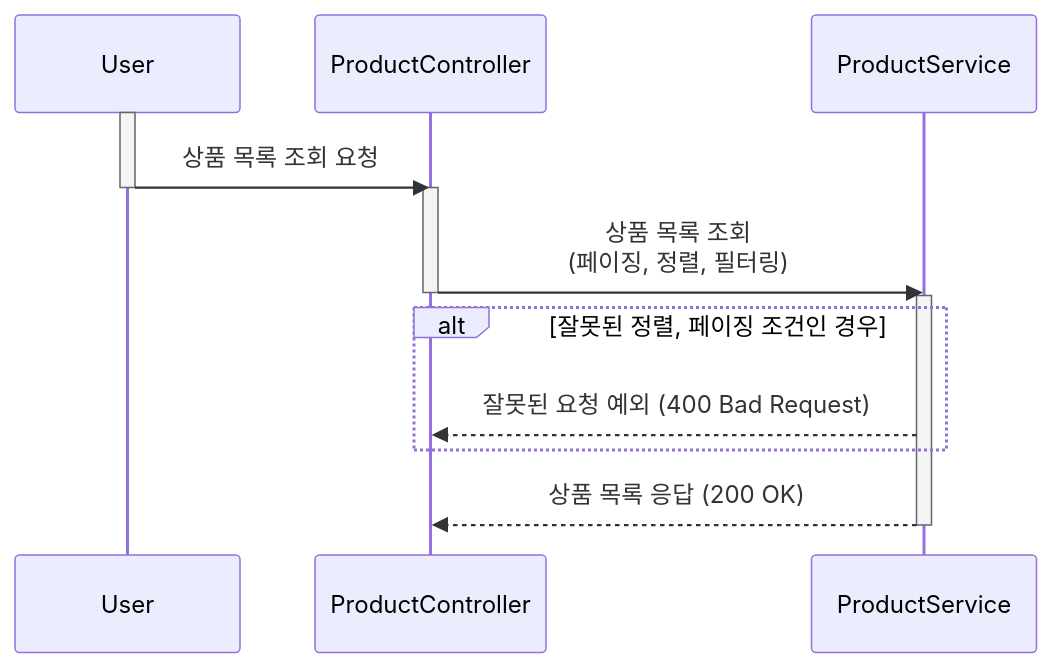
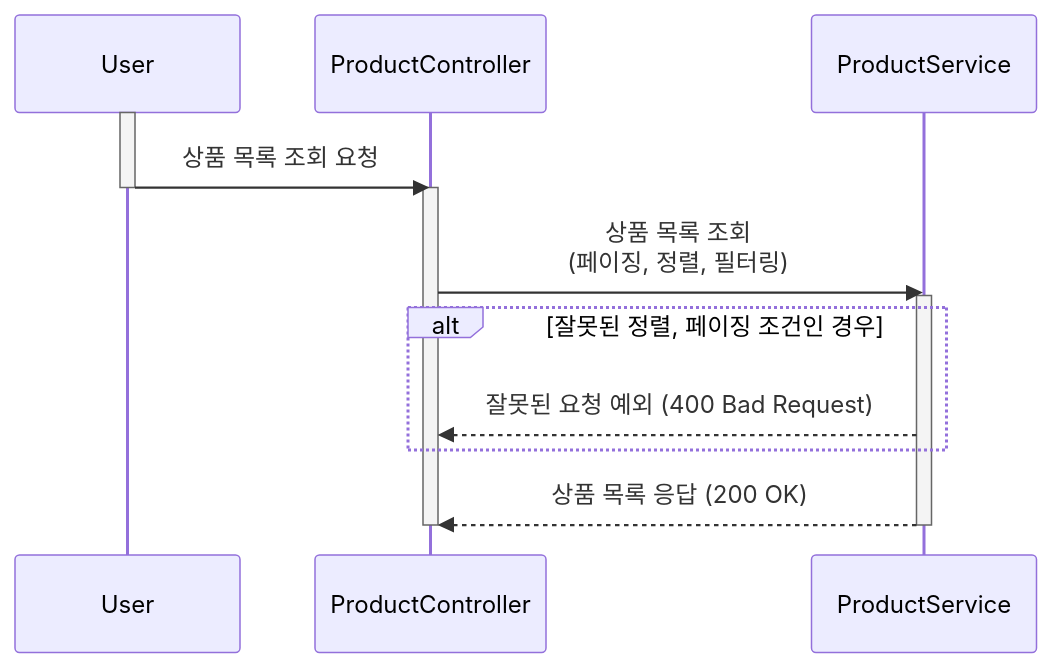
Before and after one commit to kiekk/gamsung-commerce: the first of 3 diagrams in docs/design/02-sequence-diagrams/product.md, drawn with Mermaid. The commit also changed other lines of this file and 5 other files, not shown here.

First line of the commit message:
docs: 시퀀스 다이어그램 수정 (2주차 피드백 반영)

````diff
--- a/docs/design/02-sequence-diagrams/product.md
+++ b/docs/design/02-sequence-diagrams/product.md
@@ -5,18 +5,18 @@
 ```mermaid
 sequenceDiagram
     participant User
     participant ProductController
     participant ProductService
     activate User
     User ->> ProductController: 상품 목록 조회 요청
     deactivate User
     activate ProductController
     ProductController ->> ProductService: 상품 목록 조회<br/>(페이징, 정렬, 필터링)
-    deactivate ProductController
     activate ProductService
     alt 잘못된 정렬, 페이징 조건인 경우
         ProductService -->> ProductController: 잘못된 요청 예외 (400 Bad Request)
     end
     ProductService -->> ProductController: 상품 목록 응답 (200 OK)
     deactivate ProductService
+    deactivate ProductController
 ```
````
